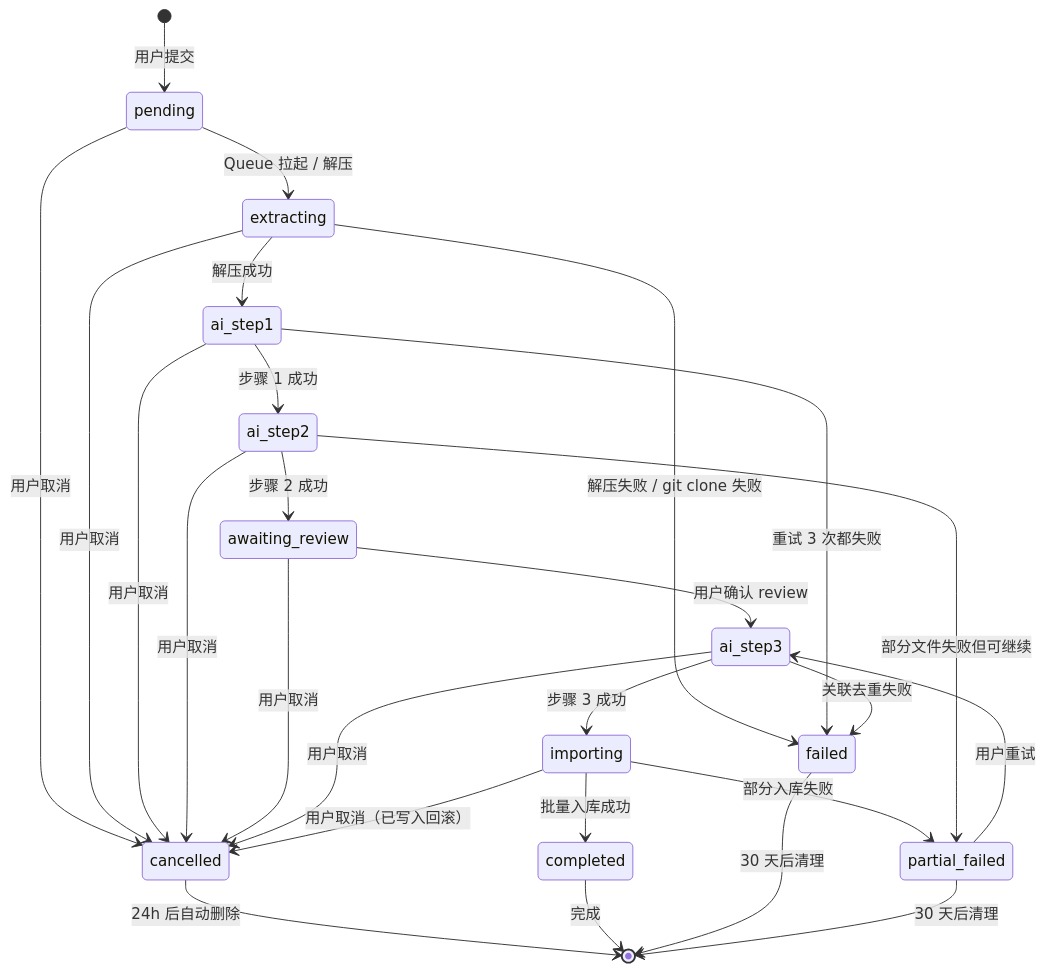
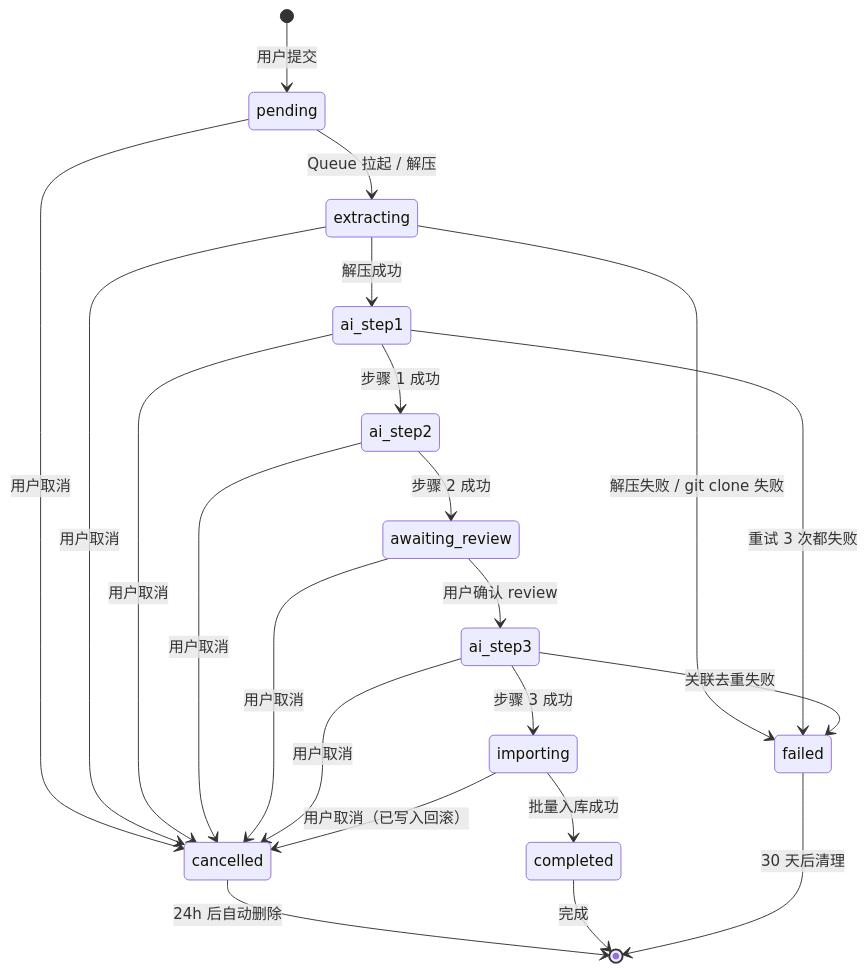
One commit to CY1005/prism-0420 changed the third of 3 diagrams in design/02-modules/M17-ai-import/00-design.md. Above: the diagram before and after it, drawn with Mermaid. The commit also changed other lines of this file and 4 other files, not shown here.

First line of the commit message:
docs(R4-3a): 非常规态登记规约 + M01/M16/M17/M18 mermaid 回扫

````diff
--- a/design/02-modules/M17-ai-import/00-design.md
+++ b/design/02-modules/M17-ai-import/00-design.md
@@ -323,31 +323,27 @@
 ```mermaid
 stateDiagram-v2
     [*] --> pending : 用户提交
     pending --> extracting : Queue 拉起 / 解压
     extracting --> ai_step1 : 解压成功
     ai_step1 --> ai_step2 : 步骤 1 成功
     ai_step2 --> awaiting_review : 步骤 2 成功
     awaiting_review --> ai_step3 : 用户确认 review
     ai_step3 --> importing : 步骤 3 成功
     importing --> completed : 批量入库成功
-    importing --> partial_failed : 部分入库失败
 
     extracting --> failed : 解压失败 / git clone 失败
     ai_step1 --> failed : 重试 3 次都失败
-    ai_step2 --> partial_failed : 部分文件失败但可继续
     ai_step3 --> failed : 关联去重失败
-    partial_failed --> ai_step3 : 用户重试
 
     pending --> cancelled : 用户取消
     extracting --> cancelled : 用户取消
     ai_step1 --> cancelled : 用户取消
     ai_step2 --> cancelled : 用户取消
     awaiting_review --> cancelled : 用户取消
     ai_step3 --> cancelled : 用户取消
     importing --> cancelled : 用户取消（已写入回滚）
 
     cancelled --> [*] : 24h 后自动删除
     completed --> [*] : 完成
     failed --> [*] : 30 天后清理
-    partial_failed --> [*] : 30 天后清理
 ```
````
